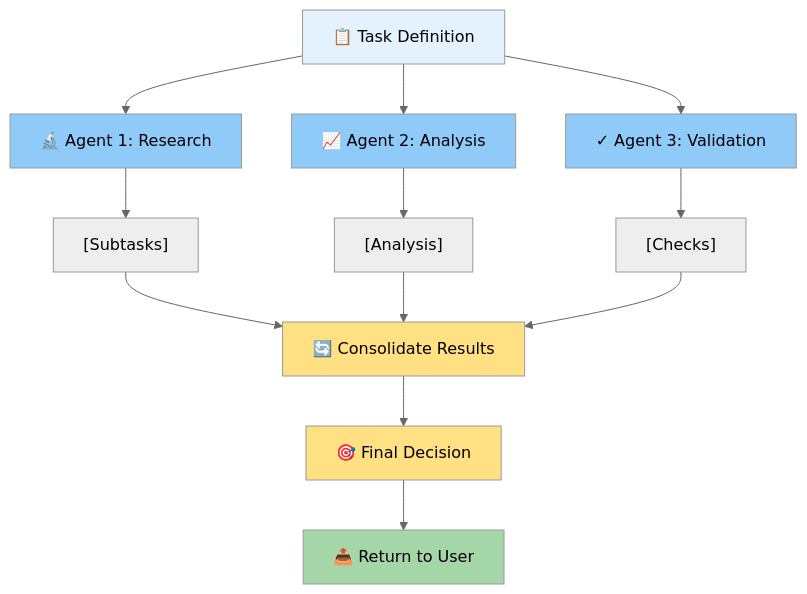
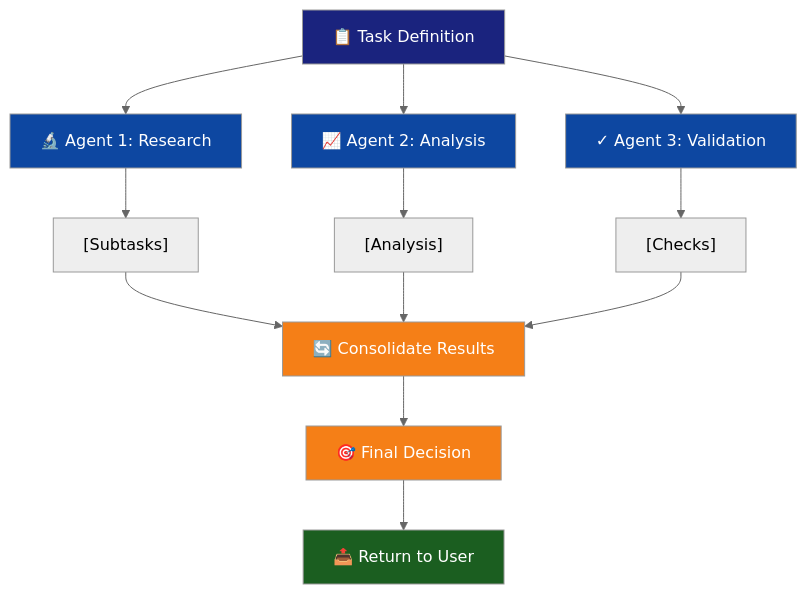
Before and after one commit to Singularity-ng/singularity-workflows: the second of 13 diagrams in README.md, drawn with Mermaid (neutral theme). The commit also changed other lines of this file, not shown here.

First line of the commit message:
Improve Mermaid diagram contrast for dark GitHub theme

````diff
--- a/README.md
+++ b/README.md
@@ -44,27 +44,27 @@
 ```mermaid
 graph TB
     A["📋 Task Definition"]
 
     A --> B["🔬 Agent 1: Research"]
     A --> C["📈 Agent 2: Analysis"]
     A --> D["✓ Agent 3: Validation"]
 
     B --> B1["[Subtasks]"]
     C --> C1["[Analysis]"]
     D --> D1["[Checks]"]
 
     B1 --> E["🔄 Consolidate Results"]
     C1 --> E
     D1 --> E
 
     E --> F["🎯 Final Decision"]
     F --> G["📤 Return to User"]
 
-    style A fill:#E3F2FD
-    style B fill:#90CAF9
-    style C fill:#90CAF9
-    style D fill:#90CAF9
-    style E fill:#FFE082
-    style F fill:#FFE082
-    style G fill:#A5D6A7
+    style A fill:#1a237e,color:#fff
+    style B fill:#0d47a1,color:#fff
+    style C fill:#0d47a1,color:#fff
+    style D fill:#0d47a1,color:#fff
+    style E fill:#f57f17,color:#fff
+    style F fill:#f57f17,color:#fff
+    style G fill:#1b5e20,color:#fff
 ```
````
